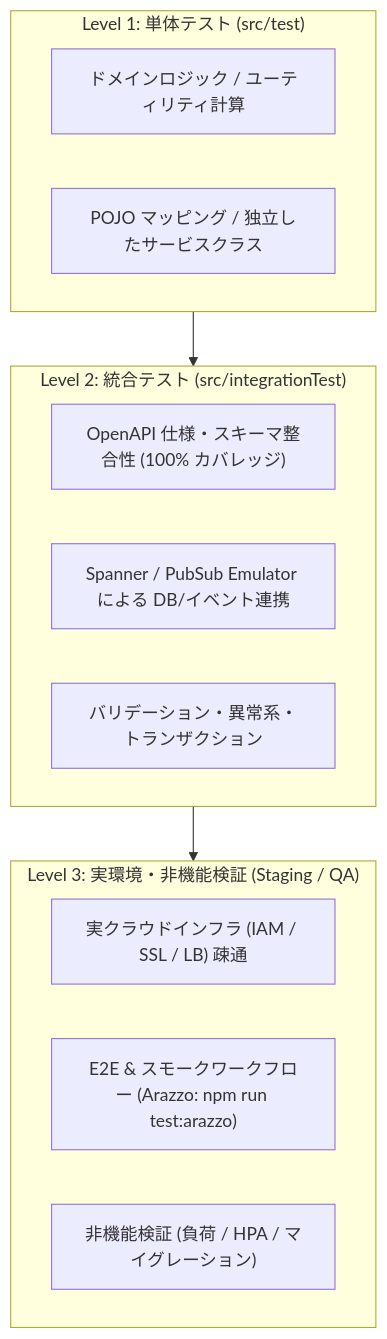
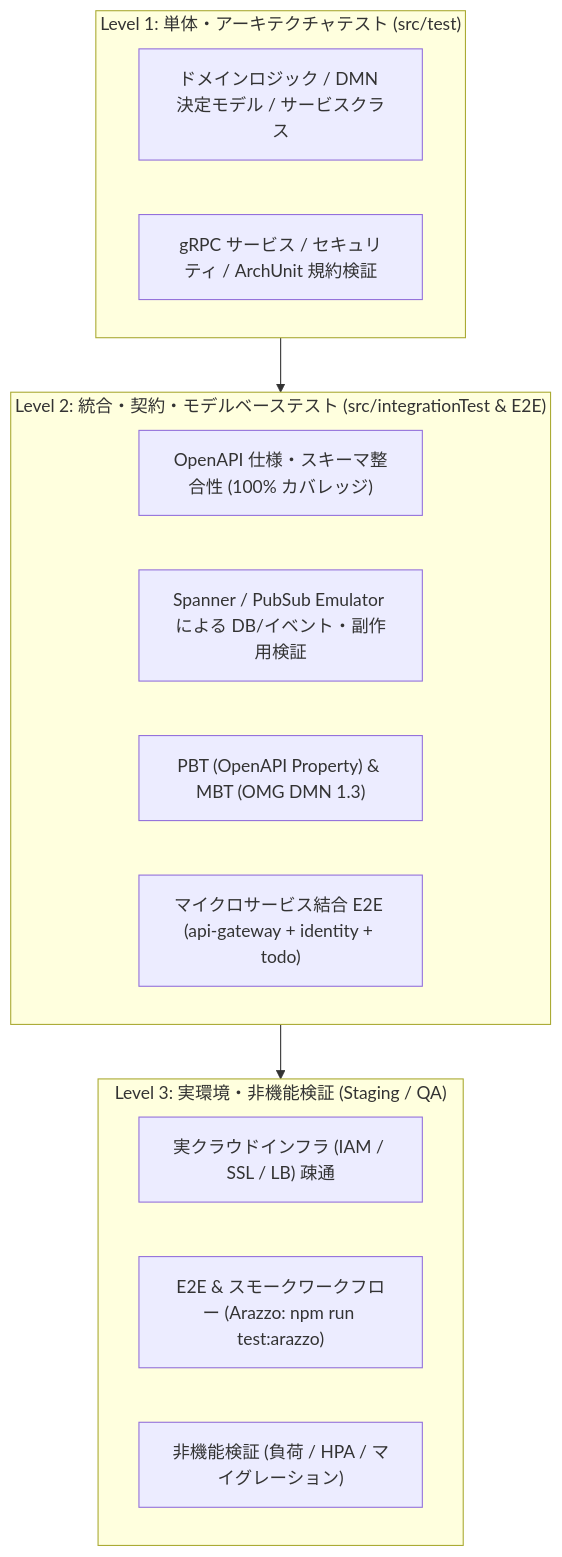
Before and after one commit to tom009924/sandbox: the first of 3 diagrams in docs/testing/test-strategy.md, drawn with Mermaid. The commit also changed other lines of this file and 1 other file, not shown here.

Commit message:
docs(testing): sync test strategy and agent guidelines with microservices layout

````diff
--- a/docs/testing/test-strategy.md
+++ b/docs/testing/test-strategy.md
@@ -24,22 +24,23 @@
 ```mermaid
 flowchart TD
     subgraph Level3["Level 3: 実環境・非機能検証 (Staging / QA)"]
         L3_1["実クラウドインフラ (IAM / SSL / LB) 疎通"]
         L3_2["E2E & スモークワークフロー (Arazzo: npm run test:arazzo)"]
         L3_3["非機能検証 (負荷 / HPA / マイグレーション)"]
     end
 
-    subgraph Level2["Level 2: 統合テスト (src/integrationTest)"]
+    subgraph Level2["Level 2: 統合・契約・モデルベーステスト (src/integrationTest & E2E)"]
         L2_1["OpenAPI 仕様・スキーマ整合性 (100% カバレッジ)"]
-        L2_2["Spanner / PubSub Emulator による DB/イベント連携"]
-        L2_3["バリデーション・異常系・トランザクション"]
+        L2_2["Spanner / PubSub Emulator による DB/イベント・副作用検証"]
+        L2_3["PBT (OpenAPI Property) & MBT (OMG DMN 1.3)"]
+        L2_4["マイクロサービス結合 E2E (api-gateway + identity + todo)"]
     end
 
-    subgraph Level1["Level 1: 単体テスト (src/test)"]
-        L1_1["ドメインロジック / ユーティリティ計算"]
-        L1_2["POJO マッピング / 独立したサービスクラス"]
+    subgraph Level1["Level 1: 単体・アーキテクチャテスト (src/test)"]
+        L1_1["ドメインロジック / DMN 決定モデル / サービスクラス"]
+        L1_2["gRPC サービス / セキュリティ / ArchUnit 規約検証"]
     end
 
     Level1 --> Level2
     Level2 --> Level3
 ```
````
